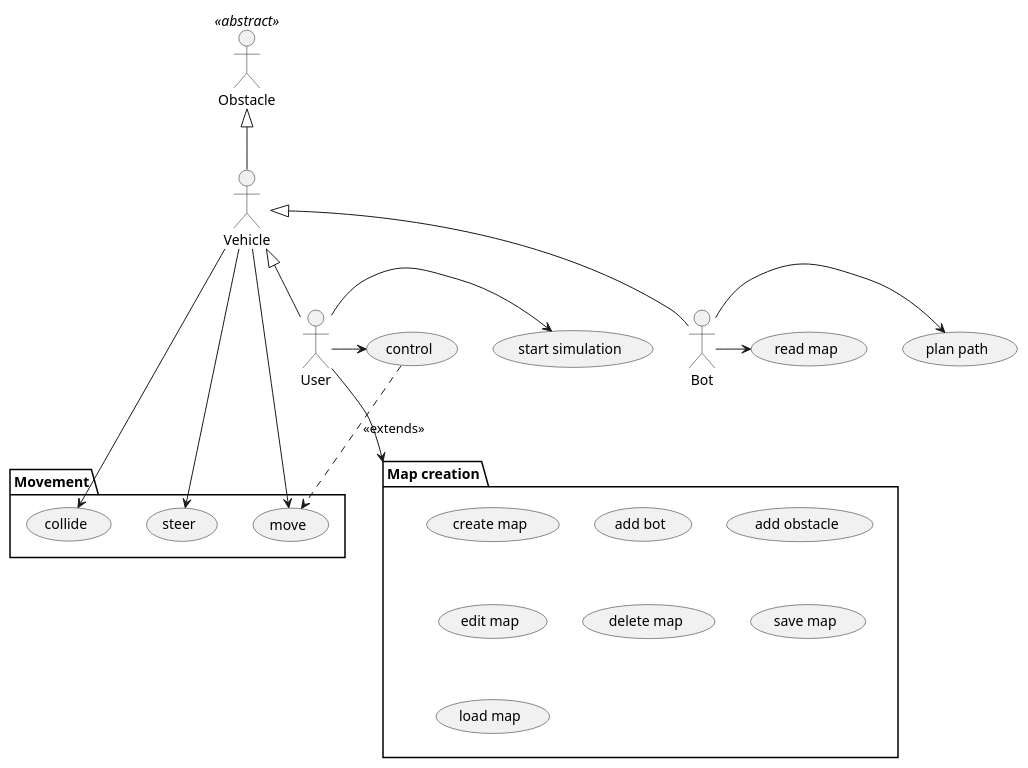
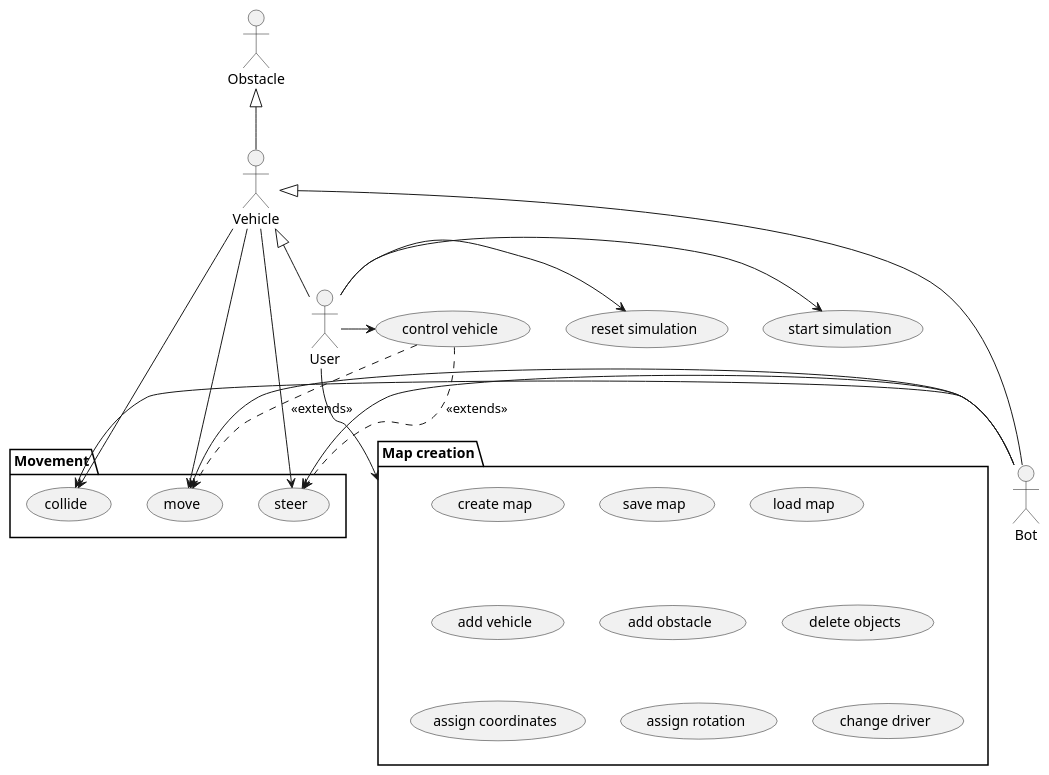
The diagram in doc/UC.plantuml (lotricekCZ/2D-round-robot-sim), drawn with PlantUML before and after one commit. The commit also changed 1 other file, not shown here.

Commit message:
adds uml class diagram

```diff
--- a/doc/UC.plantuml
+++ b/doc/UC.plantuml
@@ -1,47 +1,49 @@
 @startuml gameplay
 skinparam Style strictuml
 
-actor Obstacle <<abstract>>
+actor Obstacle
 actor Bot
 actor User
 actor Vehicle
 
 package Movement {
     usecase move
     usecase steer
     usecase collide
 }
 
 package "Map creation" as mc {
 
     usecase "create map"
-    usecase "add bot"
-    usecase "add obstacle"
-    usecase "edit map"
-    
-    usecase "delete map"
     usecase "save map"
     usecase "load map"
-    
+    usecase "add vehicle"
+    usecase "add obstacle"
+    usecase "delete objects"
+    usecase "assign coordinates"
+    usecase "assign rotation"
+    usecase "change driver"
+
 }
 
 usecase "start simulation"
-usecase "control"
-usecase "plan path"
-usecase "read map"
+usecase "control vehicle"
 
 :Vehicle: -> collide
 :Vehicle: -> move
 :Vehicle: -> steer
 
-:Bot: -> (plan path)
-:Bot: -> (read map)
+:Bot: -> (steer)
+:Bot: -> collide
+:Bot: -> move
 
 :Vehicle: -up-|> :Obstacle:
 :Bot: -up-|> :Vehicle:
 :User: -up-|> :Vehicle:
-:User: -> (control)
+:User: -> (control vehicle)
 :User: -> (start simulation)
-(control) -.> (move): <<extends>>
+:User: -> (reset simulation)
+(control vehicle) -.> (move): <<extends>>
+(control vehicle) -.> (steer): <<extends>>
 :User: --> mc
 @enduml
```
